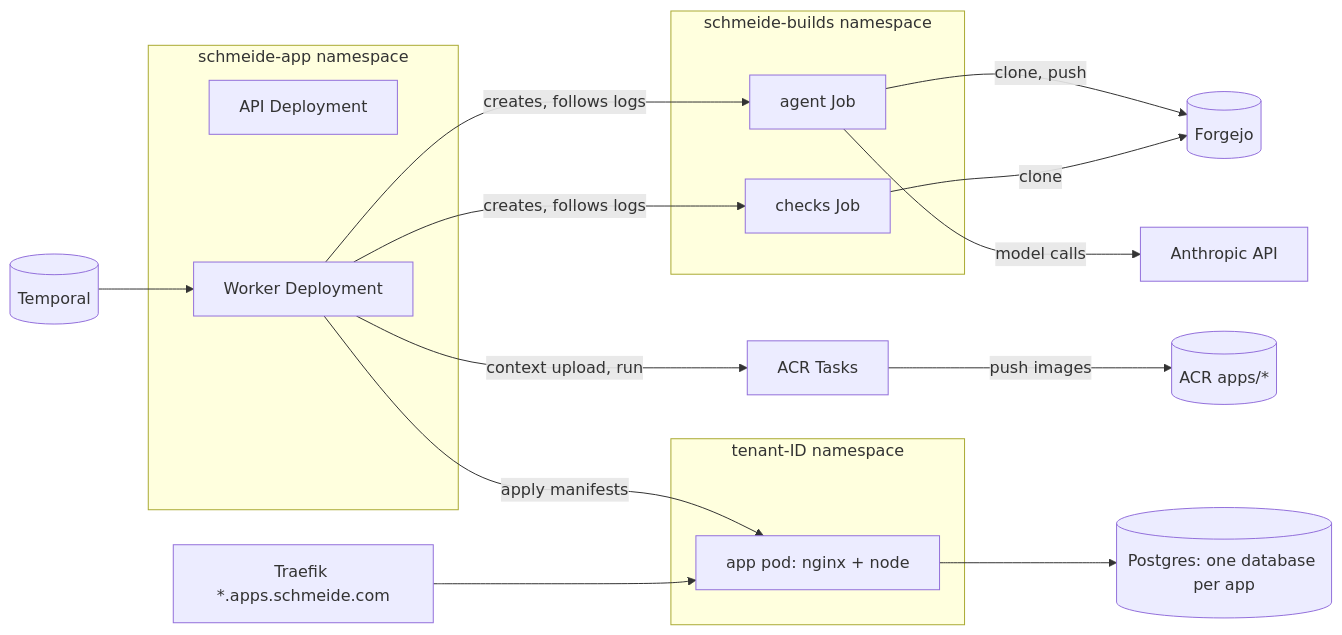
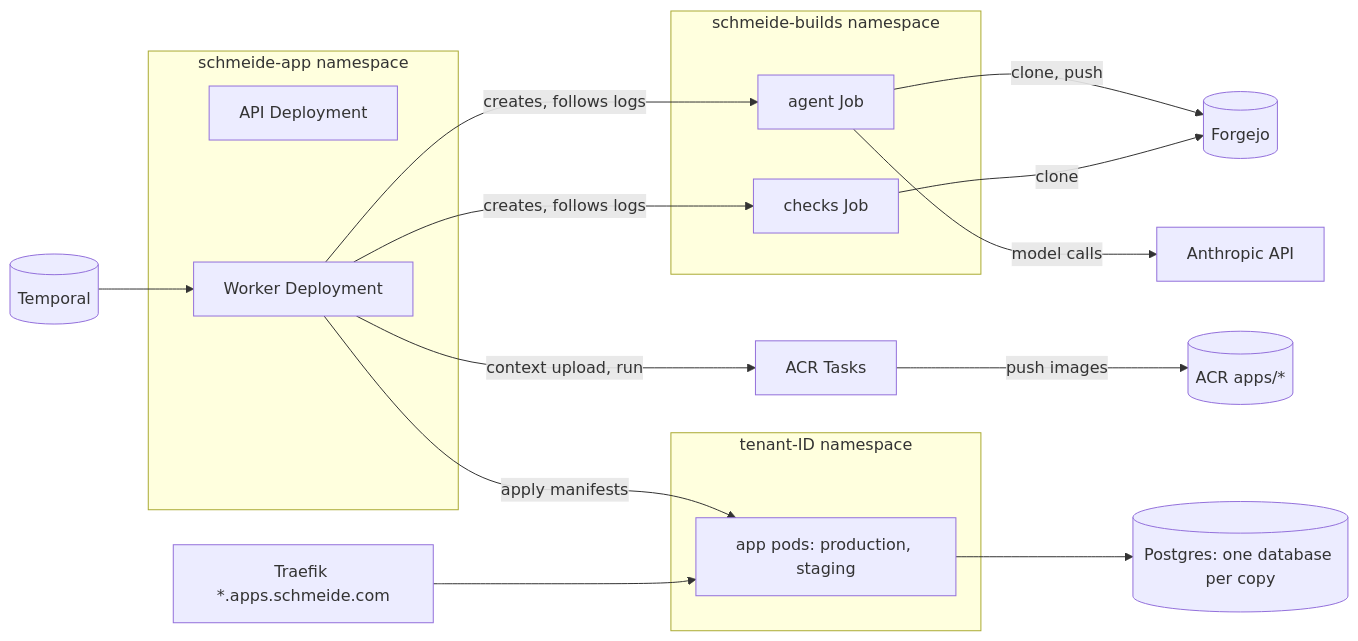
One commit to schmeide/schmeide.app changed the first of 2 diagrams in docs/stage2.md. Above: the diagram before and after it, drawn with Mermaid. The commit also changed other lines of this file, not shown here.

First line of the commit message:
docs(165): reconcile the stage 2 design with staging copies (#200)

````diff
--- a/docs/stage2.md
+++ b/docs/stage2.md
@@ -61,25 +65,25 @@
 ```mermaid
 flowchart LR
   subgraph app[schmeide-app namespace]
     API[API Deployment]
     W[Worker Deployment]
   end
   subgraph builds[schmeide-builds namespace]
     AJ[agent Job]
     CJ[checks Job]
   end
   subgraph tenant[tenant-ID namespace]
-    APP[app pod: nginx + node]
+    APP[app pods: production, staging]
   end
   T[(Temporal)] --> W
   W -- creates, follows logs --> AJ
   W -- creates, follows logs --> CJ
   AJ -- clone, push --> F[(Forgejo)]
   CJ -- clone --> F
   AJ -- model calls --> A[Anthropic API]
   W -- context upload, run --> ACR[ACR Tasks]
   ACR -- push images --> R[(ACR apps/*)]
   W -- apply manifests --> APP
-  APP --> PG[(Postgres: one database per app)]
+  APP --> PG[(Postgres: one database per copy)]
   TR[Traefik *.apps.schmeide.com] --> APP
 ```
````
